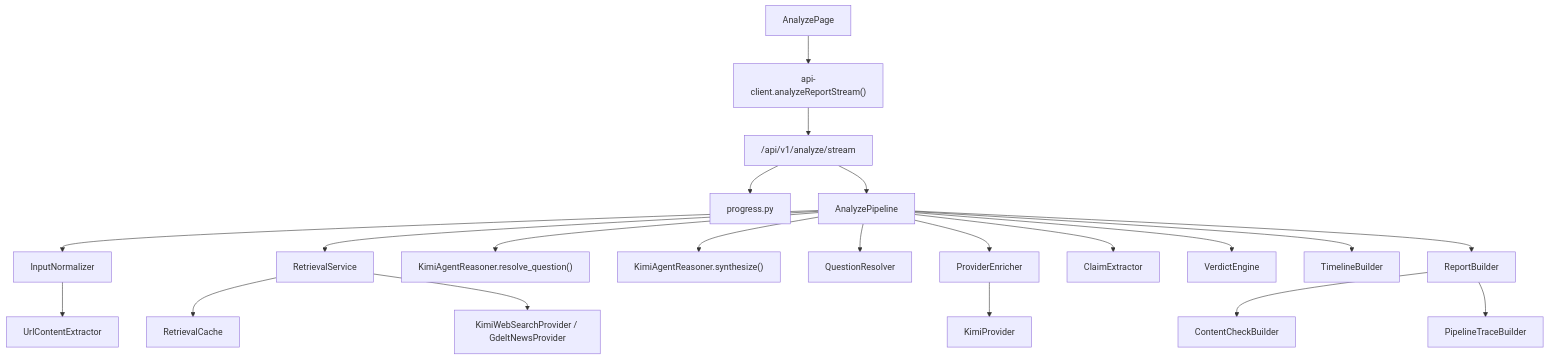
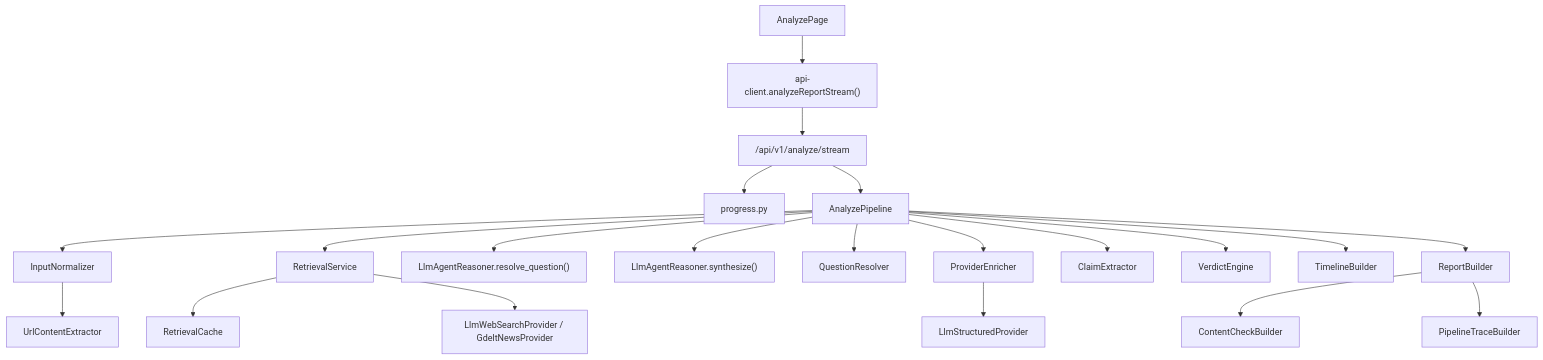
Before and after one commit to forwaryan/rumor-checking: the seventh of 8 diagrams in docs/question-analysis-end-to-end-flow.md, drawn with Mermaid. The commit also changed other lines of this file and 5 other files, not shown here.

````diff
--- a/docs/question-analysis-end-to-end-flow.md
+++ b/docs/question-analysis-end-to-end-flow.md
@@ -897,28 +897,28 @@
 ```mermaid
 flowchart TD
     A["AnalyzePage"] --> B["api-client.analyzeReportStream()"]
     B --> C["/api/v1/analyze/stream"]
     C --> D["progress.py"]
     C --> E["AnalyzePipeline"]
 
     E --> F["InputNormalizer"]
     F --> G["UrlContentExtractor"]
 
     E --> H["RetrievalService"]
     H --> I["RetrievalCache"]
-    H --> J["KimiWebSearchProvider / GdeltNewsProvider"]
+    H --> J["LlmWebSearchProvider / GdeltNewsProvider"]
 
-    E --> K["KimiAgentReasoner.resolve_question()"]
-    E --> L["KimiAgentReasoner.synthesize()"]
+    E --> K["LlmAgentReasoner.resolve_question()"]
+    E --> L["LlmAgentReasoner.synthesize()"]
     E --> M["QuestionResolver"]
 
     E --> N["ProviderEnricher"]
-    N --> O["KimiProvider"]
+    N --> O["LlmStructuredProvider"]
     E --> P["ClaimExtractor"]
     E --> Q["VerdictEngine"]
     E --> R["TimelineBuilder"]
 
     E --> S["ReportBuilder"]
     S --> T["ContentCheckBuilder"]
     S --> U["PipelineTraceBuilder"]
 ```
````
